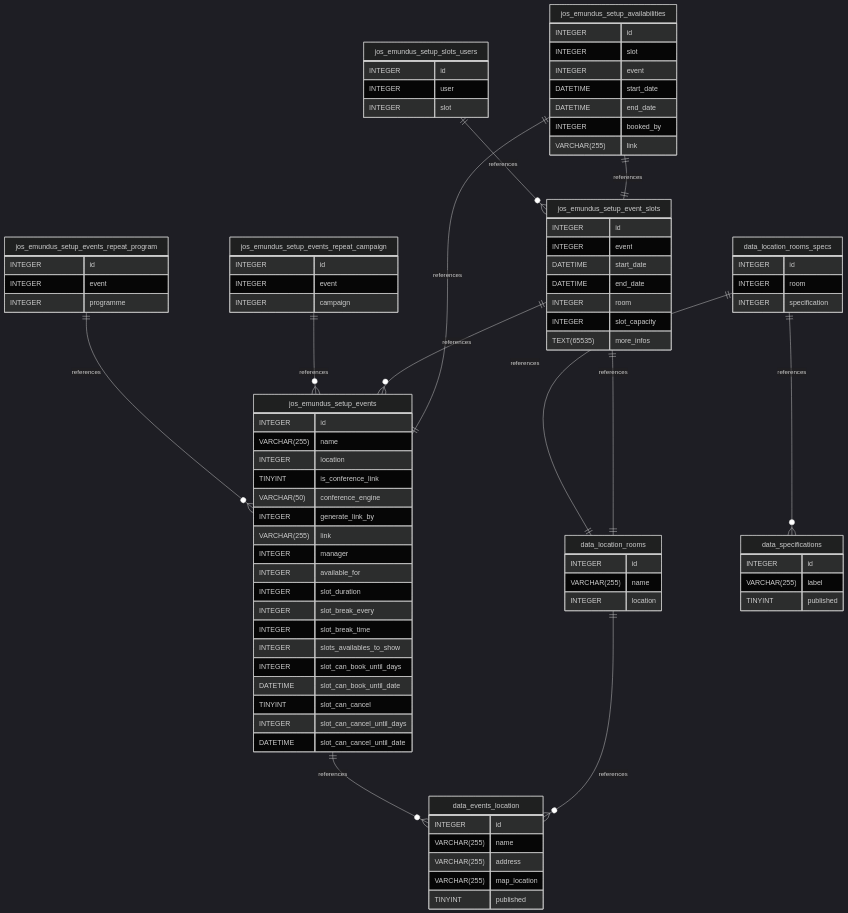
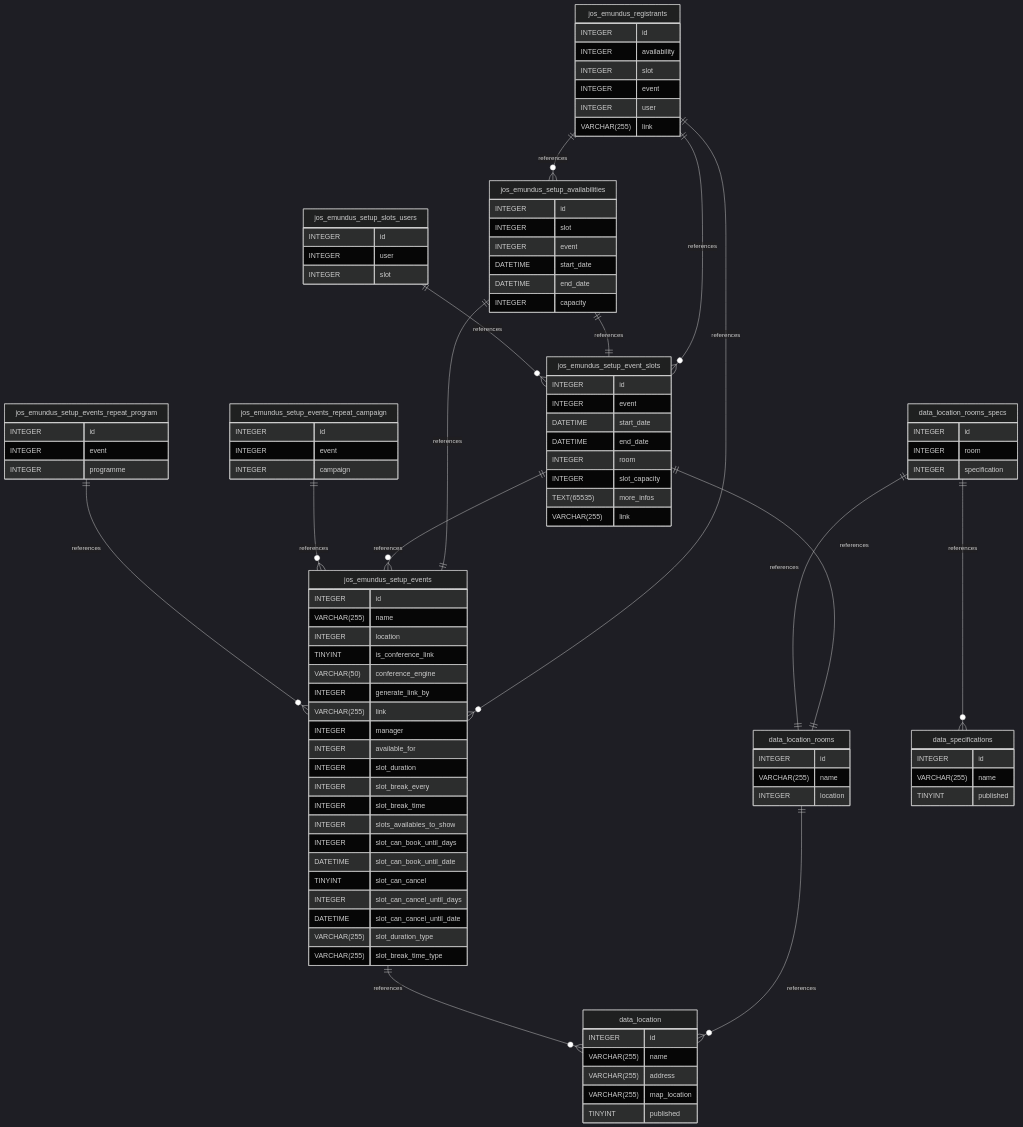
The diagram in src/docs/features/databases/booking.md (emundus/tchooz-docs), drawn with Mermaid (dark theme) before and after one commit. The commit also changed other lines of this file, not shown here.

Commit message:
patch: Update Booking specs

````diff
--- a/src/docs/features/databases/booking.md
+++ b/src/docs/features/databases/booking.md
@@ -168,16 +175,19 @@
 ```mermaid
 erDiagram
-	jos_emundus_setup_events ||--o{ data_events_location : references
-	data_location_rooms ||--o{ data_events_location : references
+	jos_emundus_setup_events ||--o{ data_location : references
+	data_location_rooms ||--o{ data_location : references
 	jos_emundus_setup_events_repeat_program ||--o{ jos_emundus_setup_events : references
 	jos_emundus_setup_events_repeat_campaign ||--o{ jos_emundus_setup_events : references
-    data_location_rooms_specs ||--|| data_location_rooms : references
-    data_location_rooms_specs ||--o{ data_specifications : references
-    jos_emundus_setup_event_slots ||--o{ jos_emundus_setup_events : references
-    jos_emundus_setup_event_slots ||--|| data_location_rooms : references
+	data_location_rooms_specs ||--|| data_location_rooms : references
+	data_location_rooms_specs ||--o{ data_specifications : references
+	jos_emundus_setup_event_slots ||--o{ jos_emundus_setup_events : references
+	jos_emundus_setup_event_slots ||--|| data_location_rooms : references
 	jos_emundus_setup_slots_users ||--o{ jos_emundus_setup_event_slots : references
 	jos_emundus_setup_availabilities ||--|| jos_emundus_setup_event_slots : references
 	jos_emundus_setup_availabilities ||--|| jos_emundus_setup_events : references
+	jos_emundus_registrants ||--o{ jos_emundus_setup_availabilities : references
+	jos_emundus_registrants ||--o{ jos_emundus_setup_event_slots : references
+	jos_emundus_registrants ||--o{ jos_emundus_setup_events : references
 
 	jos_emundus_setup_events {
 		INTEGER id
@@ -198,9 +208,11 @@
 		TINYINT slot_can_cancel
 		INTEGER slot_can_cancel_until_days
 		DATETIME slot_can_cancel_until_date
+		VARCHAR(255) slot_duration_type
+		VARCHAR(255) slot_break_time_type
 	}
 
-    data_events_location {
+	data_location {
 		INTEGER id
 		VARCHAR(255) name
 		VARCHAR(255) address
@@ -234,11 +246,11 @@
 
 	data_specifications {
 		INTEGER id
-		VARCHAR(255) label
+		VARCHAR(255) name
 		TINYINT published
 	}
 
-    jos_emundus_setup_event_slots {
+	jos_emundus_setup_event_slots {
 		INTEGER id
 		INTEGER event
 		DATETIME start_date
@@ -246,6 +258,7 @@
 		INTEGER room
 		INTEGER slot_capacity
 		TEXT(65535) more_infos
+		VARCHAR(255) link
 	}
 
 	jos_emundus_setup_slots_users {
@@ -260,7 +273,15 @@
 		INTEGER event
 		DATETIME start_date
 		DATETIME end_date
-		INTEGER booked_by
+		INTEGER capacity
+	}
+
+	jos_emundus_registrants {
+		INTEGER id
+		INTEGER availability
+		INTEGER slot
+		INTEGER event
+		INTEGER user
 		VARCHAR(255) link
 	}
 ```
````
